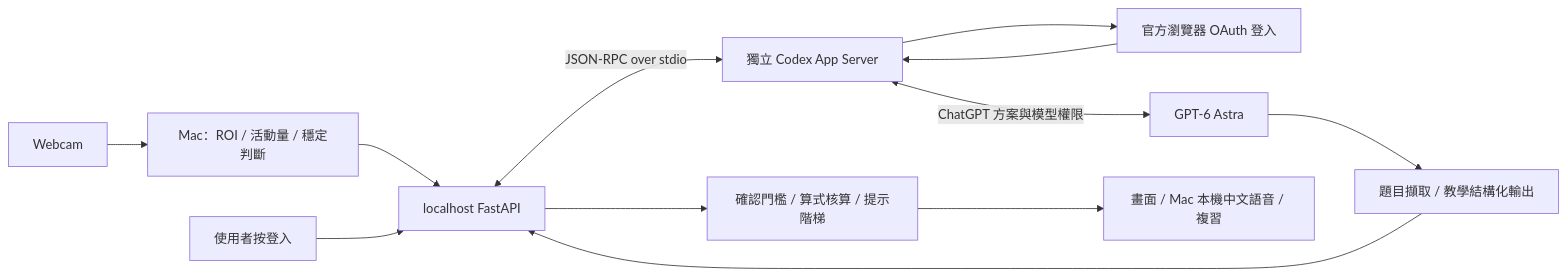
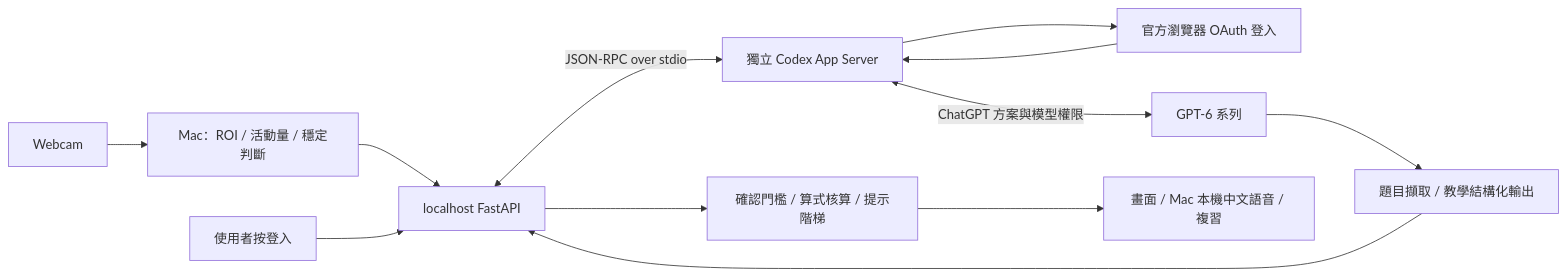
Before and after one commit to pcpcchen-coder/AIStudyPartner: the diagram in docs/ARCHITECTURE.md, drawn with Mermaid. The commit also changed other lines of this file and 22 other files, not shown here.

````diff
--- a/docs/ARCHITECTURE.md
+++ b/docs/ARCHITECTURE.md
@@ -3,14 +3,14 @@
 ```mermaid
 flowchart LR
   A[Webcam] --> B[Mac：ROI / 活動量 / 穩定判斷]
   B --> C[localhost FastAPI]
   U[使用者按登入] --> C
   C <-->|JSON-RPC over stdio| D[獨立 Codex App Server]
   D --> L[官方瀏覽器 OAuth 登入]
   L --> D
-  D <-->|ChatGPT 方案與模型權限| E[GPT-6 Astra]
+  D <-->|ChatGPT 方案與模型權限| E[GPT-6 系列]
   E --> F[題目擷取 / 教學結構化輸出]
   F --> C
   C --> G[確認門檻 / 算式核算 / 提示階梯]
   G --> H[畫面 / Mac 本機中文語音 / 複習]
 ```
````
